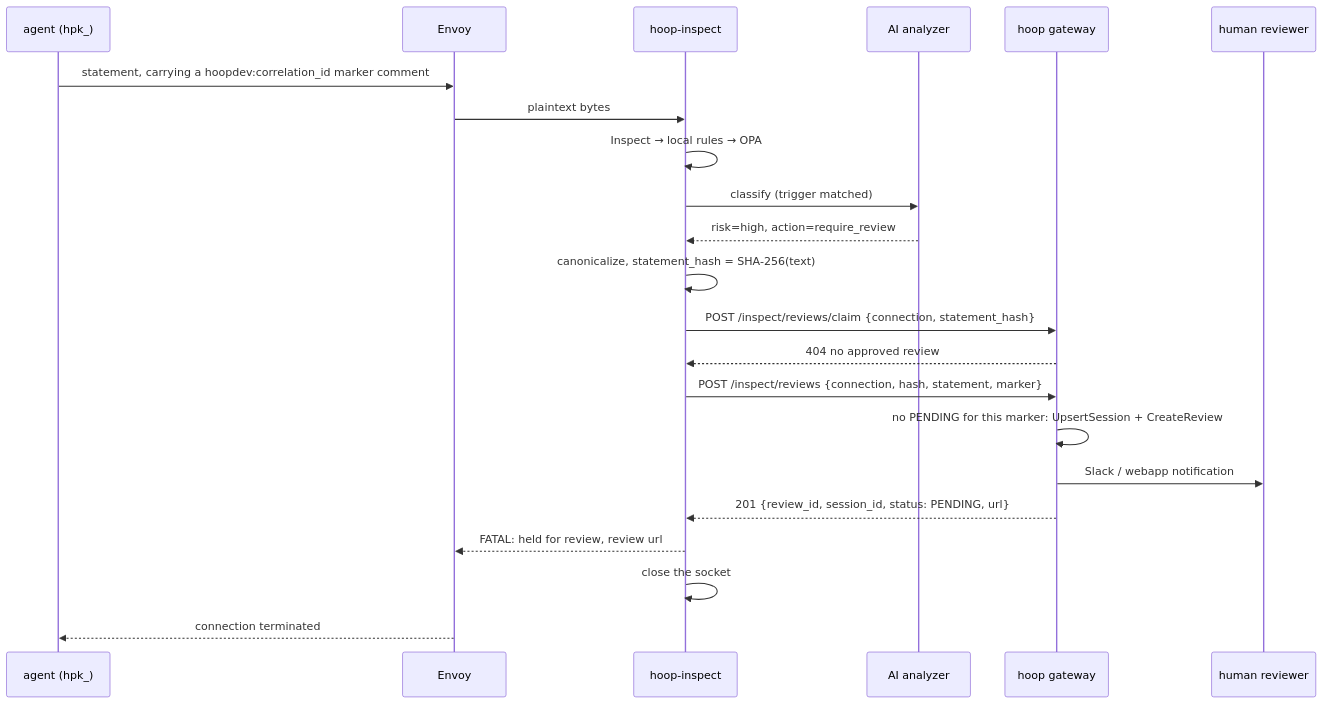
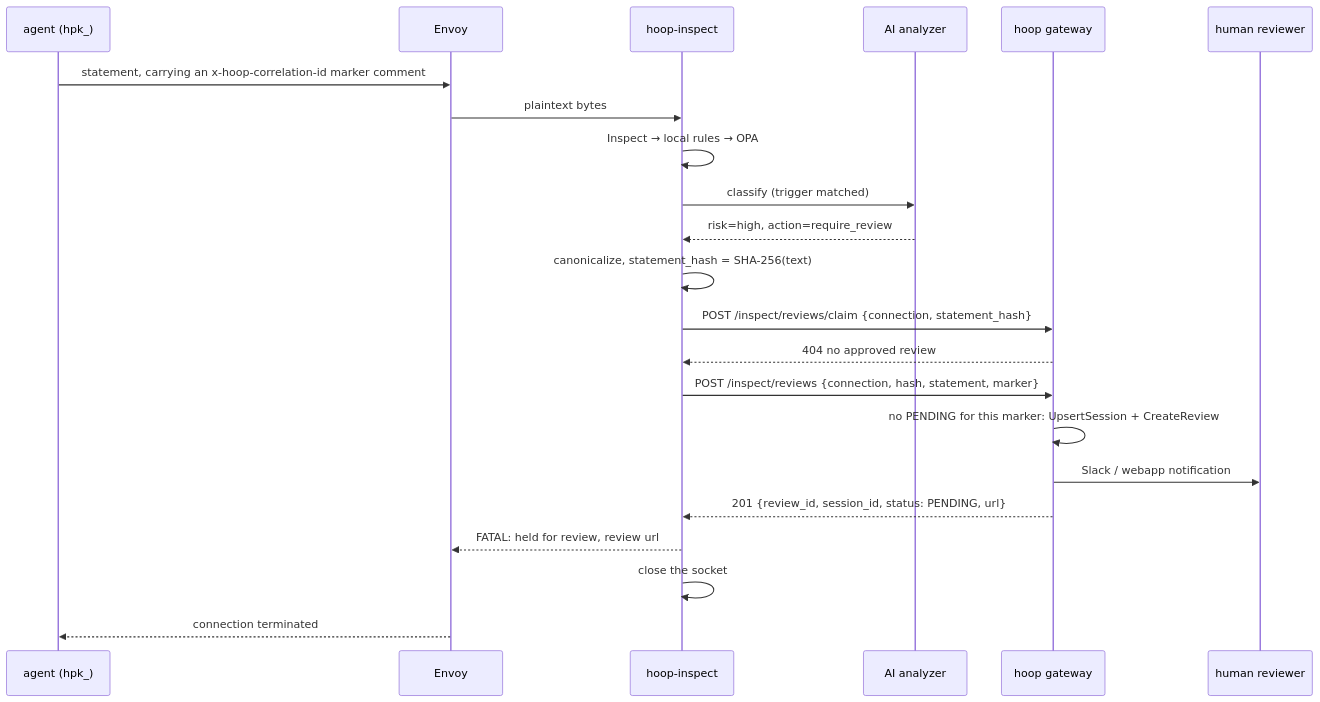
Before and after one commit to hoophq/hoop: the second of 3 diagrams in docs/adr/0005-hoopinspect-review-gate.md, drawn with Mermaid. The commit also changed 14 other files, not shown here.

Commit message:
Changed identifier dedupe to x-hoop-correlation-id Implement http review as well

````diff
--- a/docs/adr/0005-hoopinspect-review-gate.md
+++ b/docs/adr/0005-hoopinspect-review-gate.md
@@ -211,25 +211,25 @@
 ```mermaid
 sequenceDiagram
     participant A as agent (hpk_)
     participant E as Envoy
     participant I as hoop-inspect
     participant AI as AI analyzer
     participant G as hoop gateway
     participant H as human reviewer
 
-    A->>E: statement, carrying a hoopdev:correlation_id marker comment
+    A->>E: statement, carrying an x-hoop-correlation-id marker comment
     E->>I: plaintext bytes
     I->>I: Inspect → local rules → OPA
     I->>AI: classify (trigger matched)
     AI-->>I: risk=high, action=require_review
     I->>I: canonicalize, statement_hash = SHA-256(text)
     I->>G: POST /inspect/reviews/claim {connection, statement_hash}
     G-->>I: 404 no approved review
     I->>G: POST /inspect/reviews {connection, hash, statement, marker}
     G->>G: no PENDING for this marker: UpsertSession + CreateReview
     G->>H: Slack / webapp notification
     G-->>I: 201 {review_id, session_id, status: PENDING, url}
     I-->>E: FATAL: held for review, review url
     I->>I: close the socket
     E-->>A: connection terminated
 ```
````
